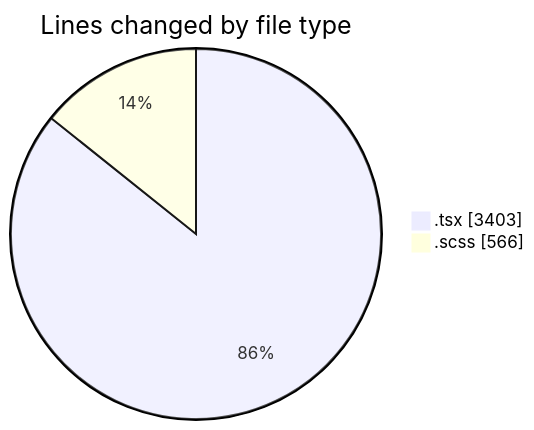
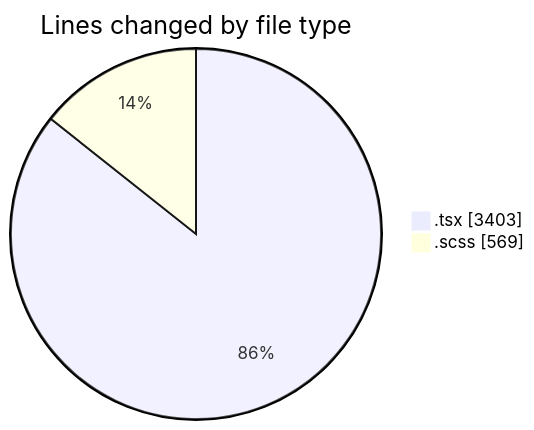
Before and after one commit to momahboobian/code-tracking: the first of 2 diagrams in 2025-09-30/cda/README.md, drawn with Mermaid. The commit also changed other lines of this file and 1 other file, not shown here.

````diff
--- a/2025-09-30/cda/README.md
+++ b/2025-09-30/cda/README.md
@@ -25,6 +25,6 @@
 ```mermaid
 pie showData
 title Lines changed by file type
 ".tsx" : 3403
-".scss" : 566
+".scss" : 569
 ```
````
